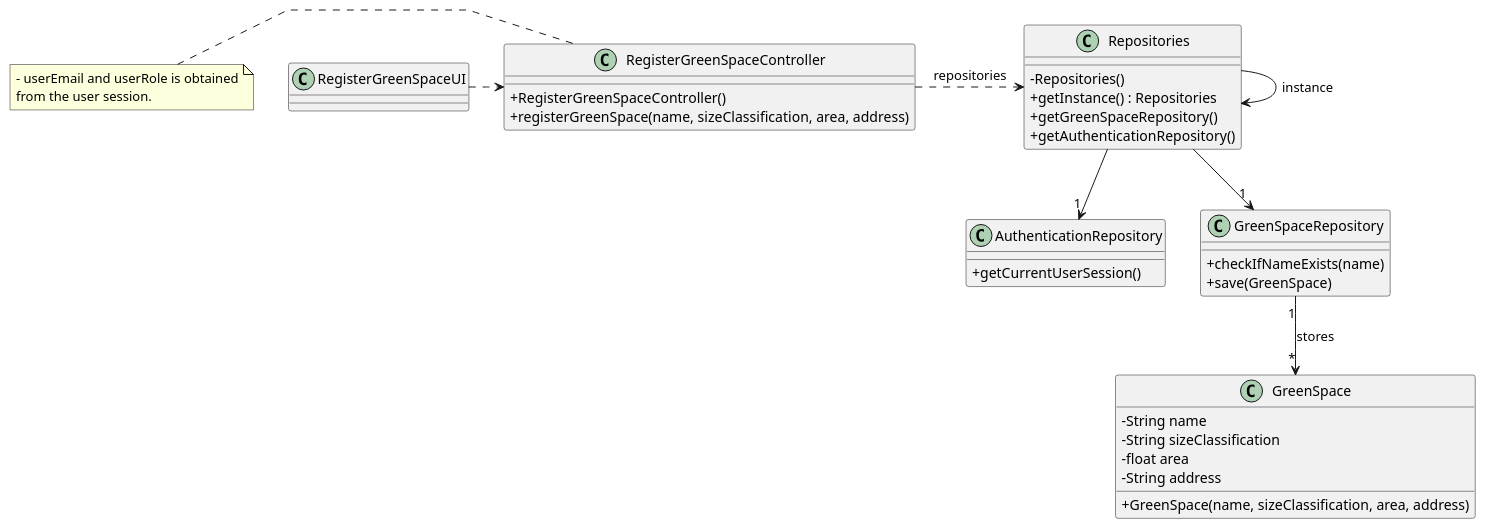
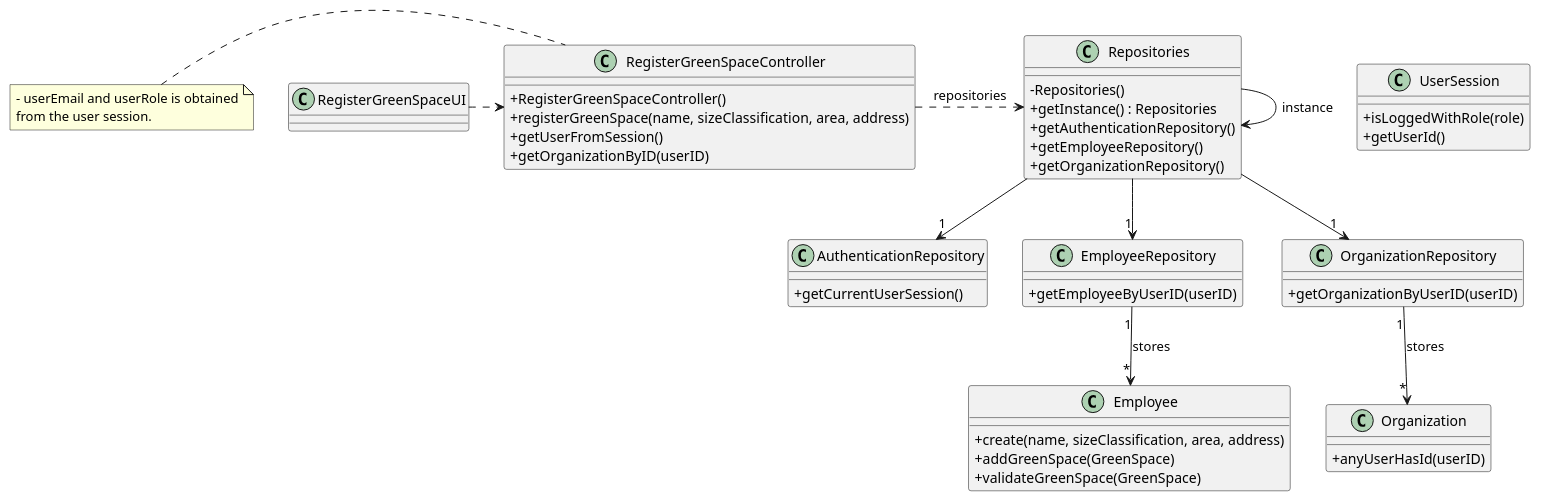
One commit to Mendoncaa/LAPR2 changed the diagram in docs/sprintC/US20/03.design/puml/us020-class-diagram.puml. Above: the diagram before and after it, drawn with PlantUML. The commit also changed 1 other file, not shown here.

Commit message:
US20 update, delete GreenSpaceRepository

```diff
--- a/docs/sprintC/US20/03.design/puml/us020-class-diagram.puml
+++ b/docs/sprintC/US20/03.design/puml/us020-class-diagram.puml
@@ -1,55 +1,68 @@
 @startuml
 'skinparam monochrome true
 skinparam packageStyle rectangle
 skinparam shadowing false
-skinparam linetype polyline
 'skinparam linetype orto
 
 skinparam classAttributeIconSize 0
 
-class AuthenticationRepository
-{
+class UserSession {
+    + isLoggedWithRole(role)
+    + getUserId()
+}
+
+class AuthenticationRepository {
     + getCurrentUserSession()
 }
 
-class GreenSpace {
-    - String name
-    - String sizeClassification
-    - float area
-    - String address
-    + GreenSpace(name, sizeClassification, area, address)
+class Employee {
+    + create(name, sizeClassification, area, address)
+    + addGreenSpace(GreenSpace)
+    + validateGreenSpace(GreenSpace)
 }
 
-class GreenSpaceRepository {
-    + checkIfNameExists(name)
-    + save(GreenSpace)
+class EmployeeRepository {
+    + getEmployeeByUserID(userID)
+}
+
+class Organization {
+    + anyUserHasId(userID)
+}
+
+class OrganizationRepository {
+    + getOrganizationByUserID(userID)
 }
 
 class Repositories {
     - Repositories()
     + getInstance() : Repositories
-    + getGreenSpaceRepository()
     + getAuthenticationRepository()
+    + getEmployeeRepository()
+    + getOrganizationRepository()
 }
 
 class RegisterGreenSpaceController {
     + RegisterGreenSpaceController()
     + registerGreenSpace(name, sizeClassification, area, address)
+    + getUserFromSession()
+    + getOrganizationByID(userID)
 }
 
 class RegisterGreenSpaceUI {
 }
 
 note left of RegisterGreenSpaceController
     - userEmail and userRole is obtained
     from the user session.
 end note
 
 Repositories -> Repositories : instance
 RegisterGreenSpaceUI .> RegisterGreenSpaceController
 RegisterGreenSpaceController .> Repositories : repositories
-Repositories --> "1" GreenSpaceRepository
 Repositories --> "1" AuthenticationRepository
-GreenSpaceRepository "1" --> "*" GreenSpace : stores
+Repositories --> "1" EmployeeRepository
+Repositories --> "1" OrganizationRepository
+EmployeeRepository "1" --> "*" Employee : stores
+OrganizationRepository "1" --> "*" Organization : stores
 
 @enduml
```
